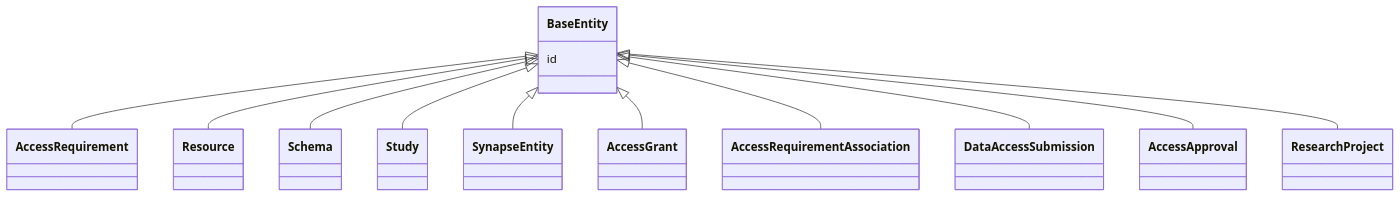
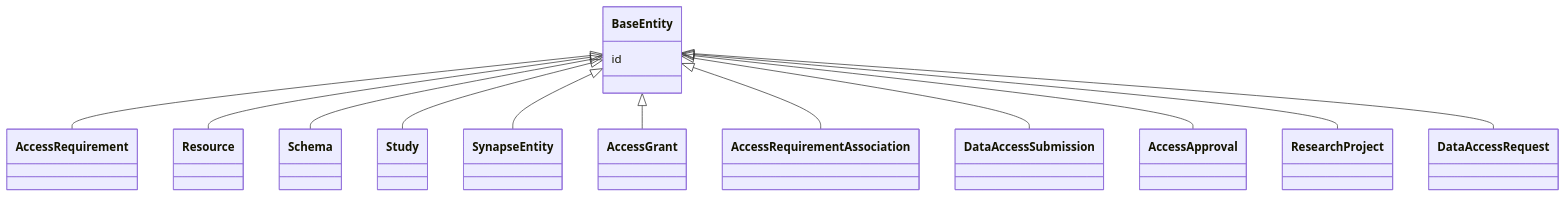
Before and after one commit to mc2-center/governanceDUO: the diagram in docs/reference/classes/BaseEntity.md, drawn with Mermaid. The commit also changed other lines of this file and 37 other files, not shown here.

First line of the commit message:
Add DataAccessRequest, resolved into DataAccessSubmission.requestId

````diff
--- a/docs/reference/classes/BaseEntity.md
+++ b/docs/reference/classes/BaseEntity.md
@@ -25,29 +25,31 @@
 ```mermaid
  classDiagram
     class BaseEntity
     click BaseEntity href "../../classes/BaseEntity/"
       BaseEntity <|-- AccessRequirement
         click AccessRequirement href "../../classes/AccessRequirement/"
       BaseEntity <|-- Resource
         click Resource href "../../classes/Resource/"
       BaseEntity <|-- Schema
         click Schema href "../../classes/Schema/"
       BaseEntity <|-- Study
         click Study href "../../classes/Study/"
       BaseEntity <|-- SynapseEntity
         click SynapseEntity href "../../classes/SynapseEntity/"
       BaseEntity <|-- AccessGrant
         click AccessGrant href "../../classes/AccessGrant/"
       BaseEntity <|-- AccessRequirementAssociation
         click AccessRequirementAssociation href "../../classes/AccessRequirementAssociation/"
       BaseEntity <|-- DataAccessSubmission
         click DataAccessSubmission href "../../classes/DataAccessSubmission/"
       BaseEntity <|-- AccessApproval
         click AccessApproval href "../../classes/AccessApproval/"
       BaseEntity <|-- ResearchProject
         click ResearchProject href "../../classes/ResearchProject/"
+      BaseEntity <|-- DataAccessRequest
+        click DataAccessRequest href "../../classes/DataAccessRequest/"
       
       BaseEntity : id
         
       
 ```
````
